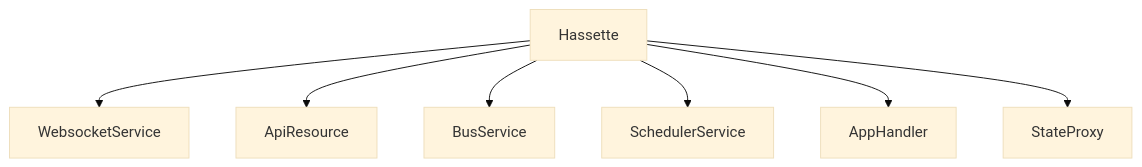
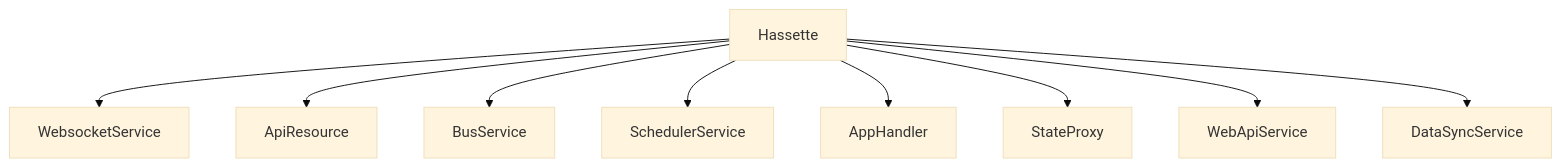
One commit to NodeJSmith/hassette changed the second of 3 diagrams in docs/pages/core-concepts/index.md. Above: the diagram before and after it, drawn with Mermaid (base theme). The commit also changed other lines of this file and 119 other files, not shown here.

First line of the commit message:
Add FastAPI web backend, monitoring Web UI, and event handler metrics (#233)

````diff
--- a/docs/pages/core-concepts/index.md
+++ b/docs/pages/core-concepts/index.md
@@ -42,10 +44,12 @@
 ```mermaid
 graph TB
     H[Hassette]
     H --> WS[WebsocketService]
     H --> API[ApiResource]
     H --> BUS[BusService]
     H --> SCHED[SchedulerService]
     H --> APPS[AppHandler]
     H --> STATE[StateProxy]
+    H --> WEB[WebApiService]
+    H --> DSYNC[DataSyncService]
 ```
````
